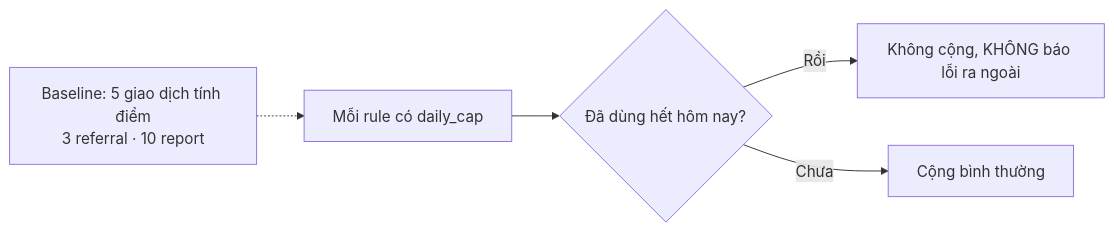
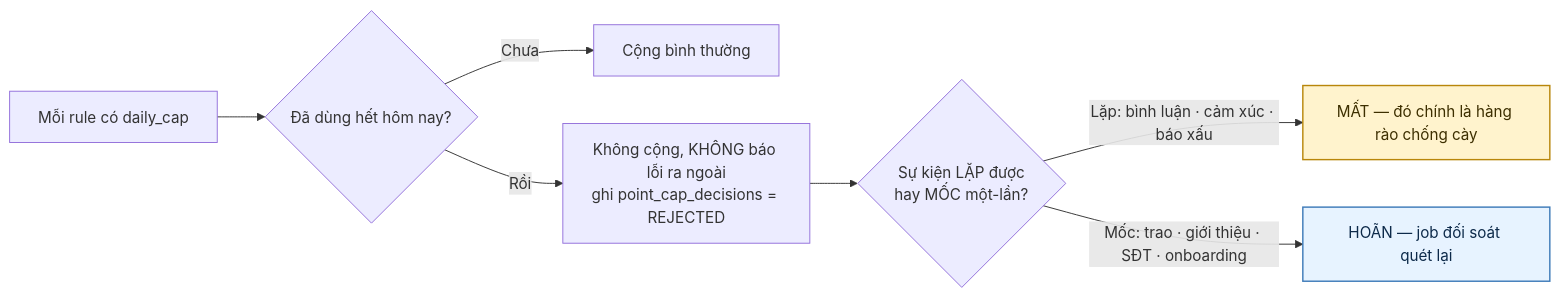
Before and after one commit to fdshn/trueheart: the seventh of 7 diagrams in docs/diagram/11-point.md, drawn with Mermaid. The commit also changed other lines of this file and 49 other files, not shown here.

````diff
--- a/docs/diagram/11-point.md
+++ b/docs/diagram/11-point.md
@@ -197,8 +247,12 @@
 ```mermaid
 flowchart LR
     A[Mỗi rule có daily_cap] --> B{Đã dùng hết hôm nay?}
-    B -->|Rồi| C[Không cộng, KHÔNG báo lỗi ra ngoài]
     B -->|Chưa| D[Cộng bình thường]
+    B -->|Rồi| C[Không cộng, KHÔNG báo lỗi ra ngoài<br/>ghi point_cap_decisions = REJECTED]
+    C --> E{Sự kiện LẶP được<br/>hay MỐC một-lần?}
+    E -->|Lặp: bình luận · cảm xúc · báo xấu| F["MẤT — đó chính là hàng rào chống cày"]
+    E -->|Mốc: trao · giới thiệu · SĐT · onboarding| G["HOÃN — job đối soát quét lại"]
 
-    E["Baseline: 5 giao dịch tính điểm<br/>3 referral · 10 report"] -.-> A
+    style F fill:#fff3cd,stroke:#b8860b,stroke-width:1.5px,color:#3d2f00
+    style G fill:#e7f3ff,stroke:#3d7ab8,stroke-width:1.5px,color:#0d2a4a
 ```
````
